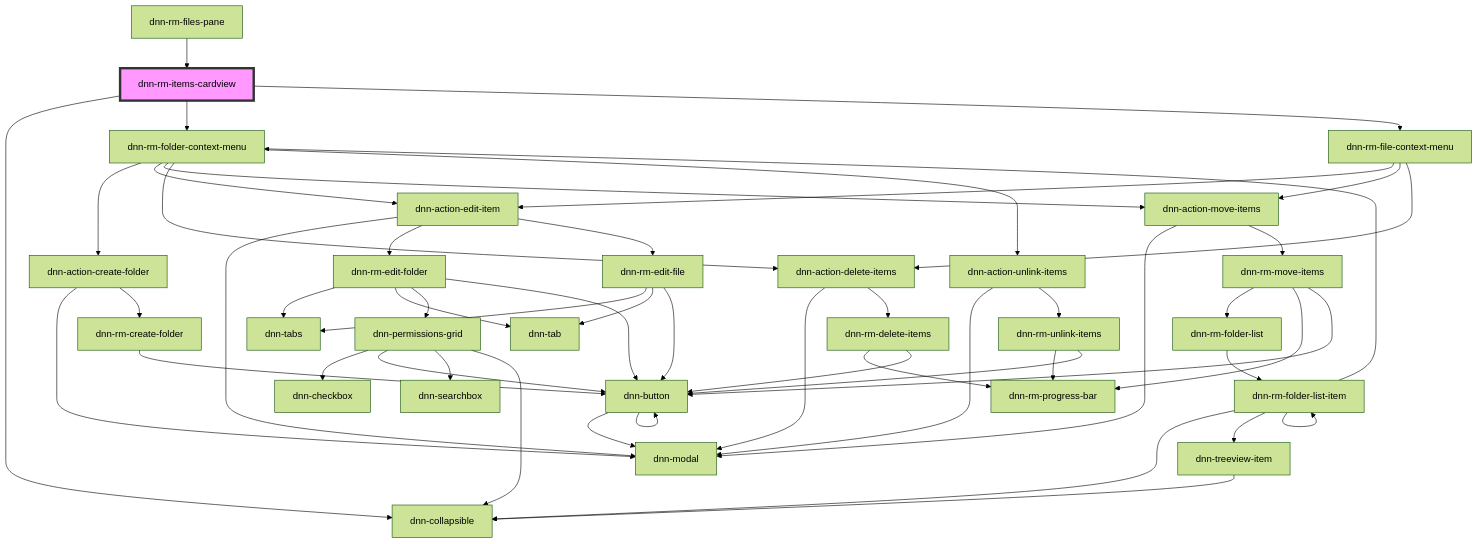
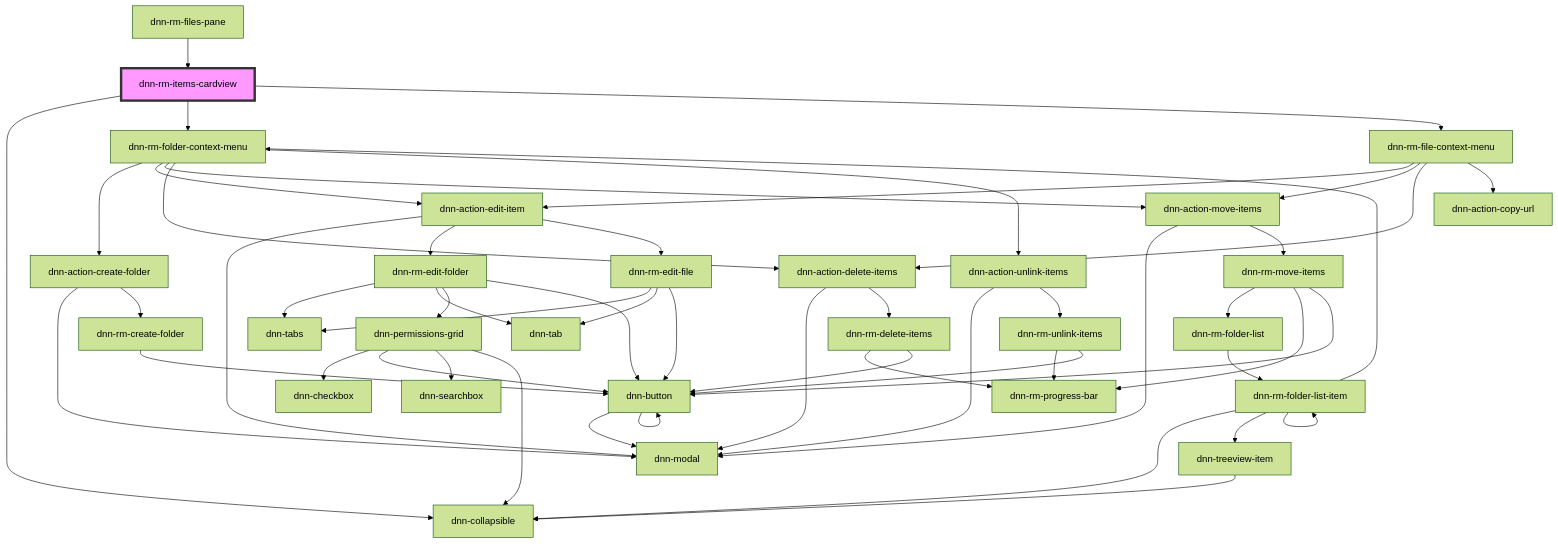
The diagram in DNN Platform/Modules/ResourceManager/ResourceManager.Web/src/components/dnn-rm-items-cardview/readme.md (dnnsoftware/Dnn.Platform), drawn with Mermaid (forest theme) before and after one commit. The commit also changed 13 other files, not shown here.

First line of the commit message:
Implemented Copy-Url feature

````diff
--- a/DNN Platform/Modules/ResourceManager/ResourceManager.Web/src/components/dnn-rm-items-cardview/readme.md
+++ b/DNN Platform/Modules/ResourceManager/ResourceManager.Web/src/components/dnn-rm-items-cardview/readme.md
@@ -28,54 +28,55 @@
 ```mermaid
 graph TD;
   dnn-rm-items-cardview --> dnn-collapsible
   dnn-rm-items-cardview --> dnn-rm-folder-context-menu
   dnn-rm-items-cardview --> dnn-rm-file-context-menu
   dnn-rm-folder-context-menu --> dnn-action-create-folder
   dnn-rm-folder-context-menu --> dnn-action-edit-item
   dnn-rm-folder-context-menu --> dnn-action-move-items
   dnn-rm-folder-context-menu --> dnn-action-delete-items
   dnn-rm-folder-context-menu --> dnn-action-unlink-items
   dnn-action-create-folder --> dnn-modal
   dnn-action-create-folder --> dnn-rm-create-folder
   dnn-rm-create-folder --> dnn-button
   dnn-button --> dnn-modal
   dnn-button --> dnn-button
   dnn-action-edit-item --> dnn-modal
   dnn-action-edit-item --> dnn-rm-edit-folder
   dnn-action-edit-item --> dnn-rm-edit-file
   dnn-rm-edit-folder --> dnn-tabs
   dnn-rm-edit-folder --> dnn-tab
   dnn-rm-edit-folder --> dnn-permissions-grid
   dnn-rm-edit-folder --> dnn-button
   dnn-permissions-grid --> dnn-checkbox
   dnn-permissions-grid --> dnn-button
   dnn-permissions-grid --> dnn-searchbox
   dnn-permissions-grid --> dnn-collapsible
   dnn-rm-edit-file --> dnn-tabs
   dnn-rm-edit-file --> dnn-tab
   dnn-rm-edit-file --> dnn-button
   dnn-action-move-items --> dnn-modal
   dnn-action-move-items --> dnn-rm-move-items
   dnn-rm-move-items --> dnn-rm-folder-list
   dnn-rm-move-items --> dnn-rm-progress-bar
   dnn-rm-move-items --> dnn-button
   dnn-rm-folder-list --> dnn-rm-folder-list-item
   dnn-rm-folder-list-item --> dnn-collapsible
   dnn-rm-folder-list-item --> dnn-rm-folder-context-menu
   dnn-rm-folder-list-item --> dnn-treeview-item
   dnn-rm-folder-list-item --> dnn-rm-folder-list-item
   dnn-treeview-item --> dnn-collapsible
   dnn-action-delete-items --> dnn-modal
   dnn-action-delete-items --> dnn-rm-delete-items
   dnn-rm-delete-items --> dnn-rm-progress-bar
   dnn-rm-delete-items --> dnn-button
   dnn-action-unlink-items --> dnn-modal
   dnn-action-unlink-items --> dnn-rm-unlink-items
   dnn-rm-unlink-items --> dnn-rm-progress-bar
   dnn-rm-unlink-items --> dnn-button
   dnn-rm-file-context-menu --> dnn-action-edit-item
   dnn-rm-file-context-menu --> dnn-action-move-items
   dnn-rm-file-context-menu --> dnn-action-delete-items
+  dnn-rm-file-context-menu --> dnn-action-copy-url
   dnn-rm-files-pane --> dnn-rm-items-cardview
   style dnn-rm-items-cardview fill:#f9f,stroke:#333,stroke-width:4px
 ```
````
